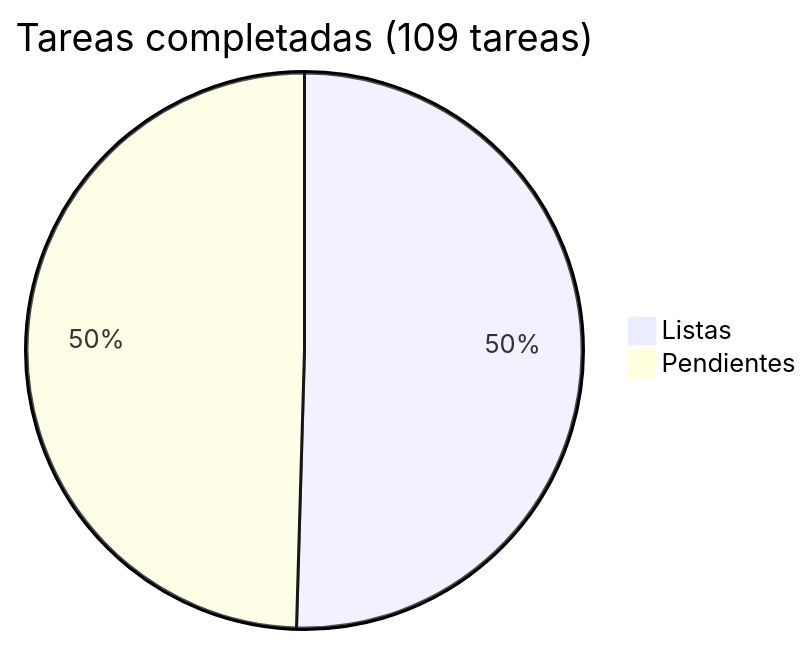
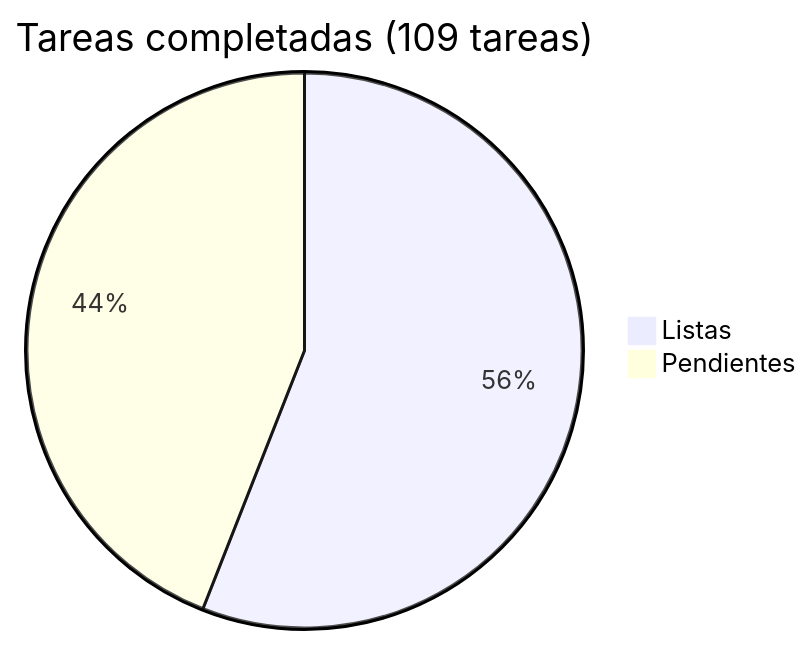
The diagram in docs/roadmap/README.md (araguaney-lat/araguaney), drawn with Mermaid before and after one commit. The commit also changed other lines of this file and 18 other files, not shown here.

````diff
--- a/docs/roadmap/README.md
+++ b/docs/roadmap/README.md
@@ -5,5 +5,5 @@
 ```mermaid
 pie title Tareas completadas (109 tareas)
-    "Listas" : 55
-    "Pendientes" : 54
+    "Listas" : 61
+    "Pendientes" : 48
 ```
````
